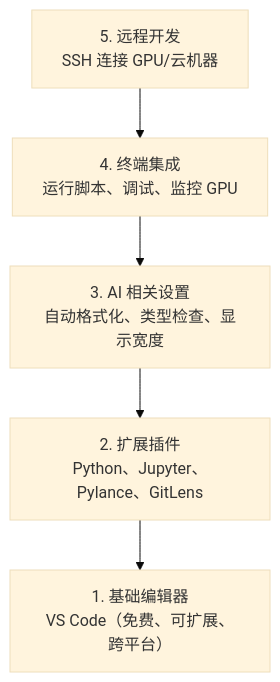
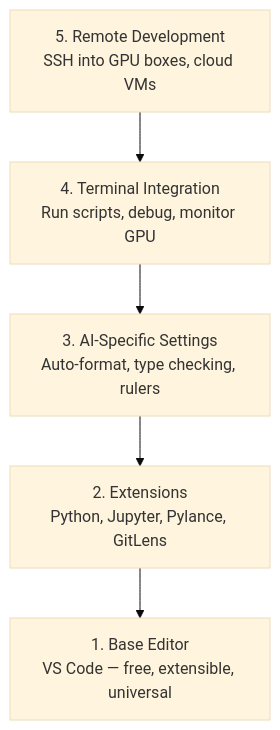
One commit to omigaZen/ai-engineering-from-scratch changed the diagram in phases/00-setup-and-tooling/08-editor-setup/docs/zh.md. Above: the diagram before and after it, drawn with Mermaid (base theme). The commit also changed other lines of this file and 32 other files, not shown here.

````diff
--- a/phases/00-setup-and-tooling/08-editor-setup/docs/zh.md
+++ b/phases/00-setup-and-tooling/08-editor-setup/docs/zh.md
@@ -27,8 +27,8 @@
 ```mermaid
 graph TD
-    L5["5. 远程开发<br/>SSH 连接 GPU/云机器"] --> L4
-    L4["4. 终端集成<br/>运行脚本、调试、监控 GPU"] --> L3
-    L3["3. AI 相关设置<br/>自动格式化、类型检查、显示宽度"] --> L2
-    L2["2. 扩展插件<br/>Python、Jupyter、Pylance、GitLens"] --> L1
-    L1["1. 基础编辑器<br/>VS Code（免费、可扩展、跨平台）"]
+    L5["5. Remote Development<br/>SSH into GPU boxes, cloud VMs"] --> L4
+    L4["4. Terminal Integration<br/>Run scripts, debug, monitor GPU"] --> L3
+    L3["3. AI-Specific Settings<br/>Auto-format, type checking, rulers"] --> L2
+    L2["2. Extensions<br/>Python, Jupyter, Pylance, GitLens"] --> L1
+    L1["1. Base Editor<br/>VS Code — free, extensible, universal"]
 ```
````
